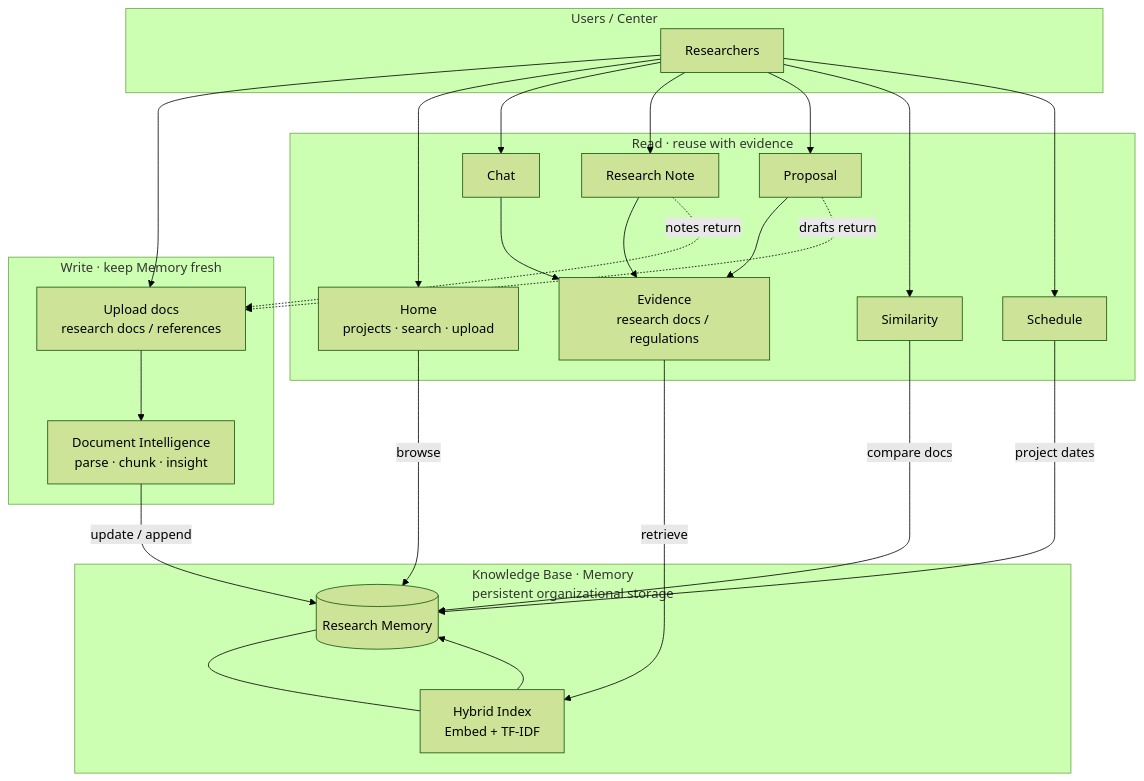
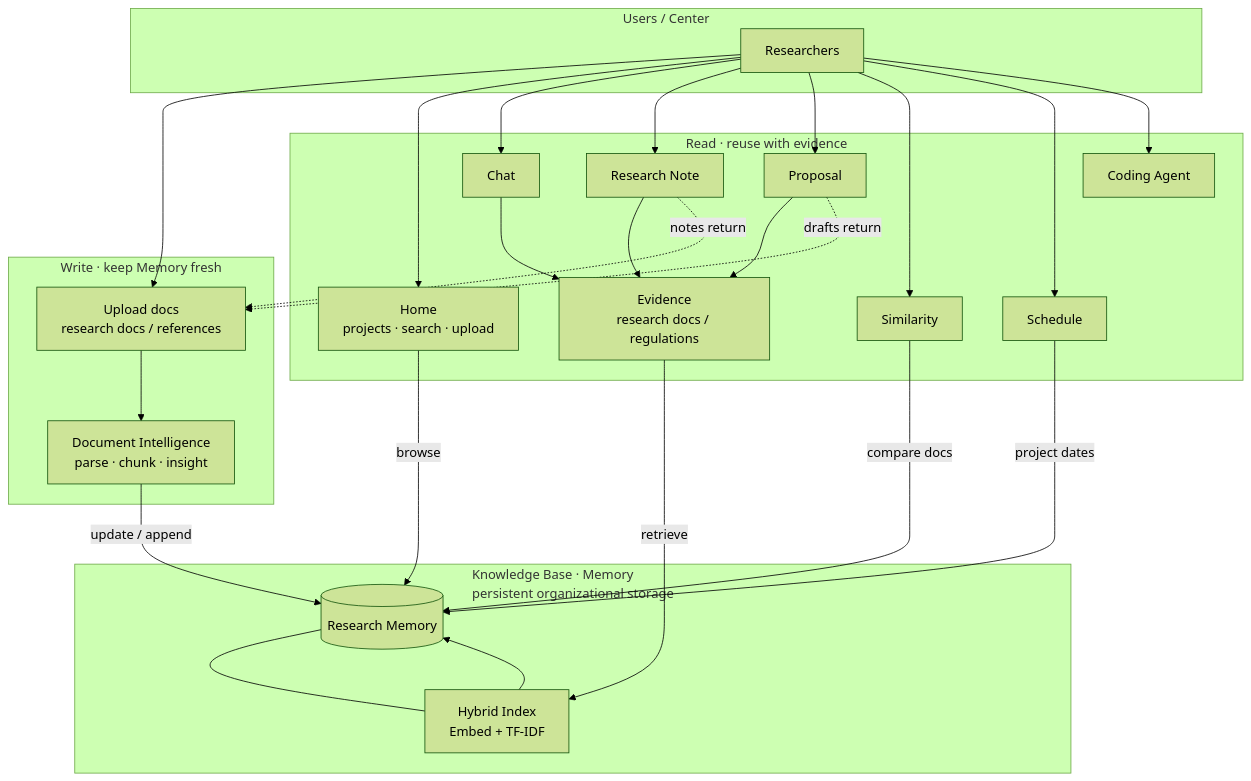
One commit to eunbijoel/Research_Platform changed the diagram in README_EN.md. Above: the diagram before and after it, drawn with Mermaid (forest theme). The commit also changed other lines of this file and 1 other file, not shown here.

First line of the commit message:
Document Coding Agent in README files.

````diff
--- a/README_EN.md
+++ b/README_EN.md
@@ -18,48 +18,50 @@
 ```mermaid
 flowchart TB
   subgraph Users["Users / Center"]
     U[Researchers]
   end
 
   subgraph Ingest["Write · keep Memory fresh"]
     UP[Upload docs<br/>research docs / references]
     DI[Document Intelligence<br/>parse · chunk · insight]
     UP --> DI
   end
 
   subgraph MemoryCloud["Knowledge Base · Memory<br/>persistent organizational storage"]
     KB[(Research Memory)]
     IDX[Hybrid Index<br/>Embed + TF-IDF]
     KB --- IDX
   end
 
   subgraph Use["Read · reuse with evidence"]
     HOME[Home<br/>projects · search · upload]
     CHAT[Chat]
     NOTE[Research Note]
     PROP[Proposal]
     SIM[Similarity]
     SCHED[Schedule]
+    CODE[Coding Agent]
     EVI[Evidence<br/>research docs / regulations]
     CHAT --> EVI
     NOTE --> EVI
     PROP --> EVI
   end
 
   U --> UP
   DI -->|update / append| KB
   U --> HOME
   U --> CHAT
   U --> NOTE
   U --> PROP
   U --> SIM
   U --> SCHED
+  U --> CODE
   HOME -->|browse| KB
   SIM -->|compare docs| KB
   SCHED -->|project dates| KB
   EVI -->|retrieve| IDX
   IDX --> KB
 
   NOTE -.->|notes return| UP
   PROP -.->|drafts return| UP
 ```
````
